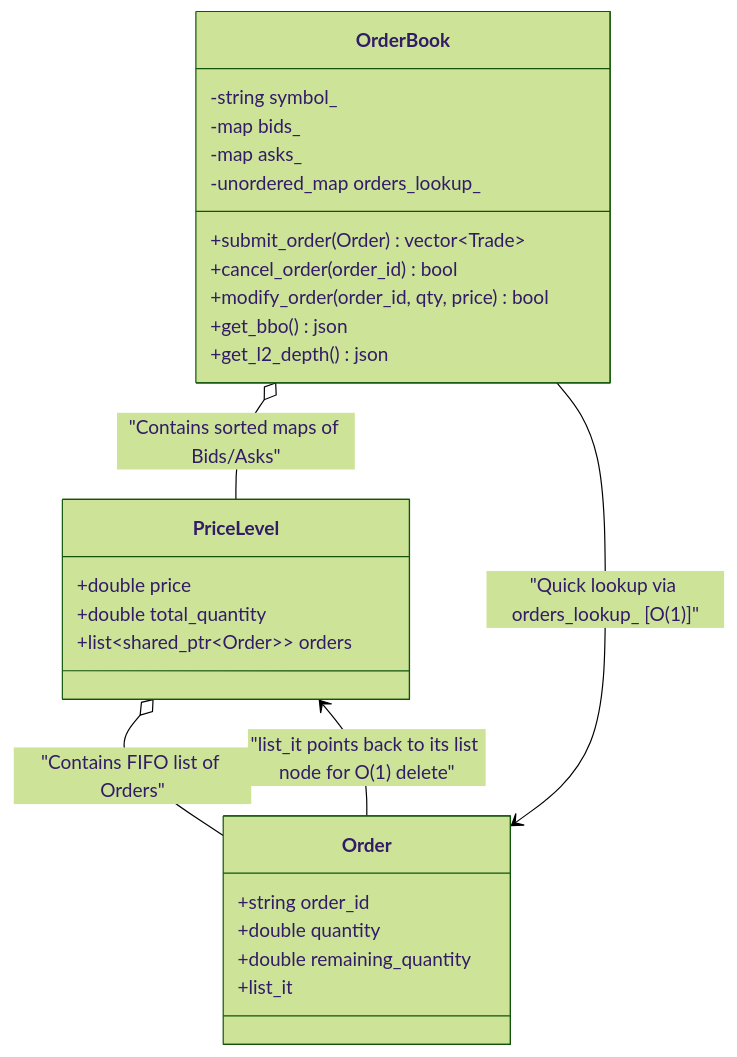
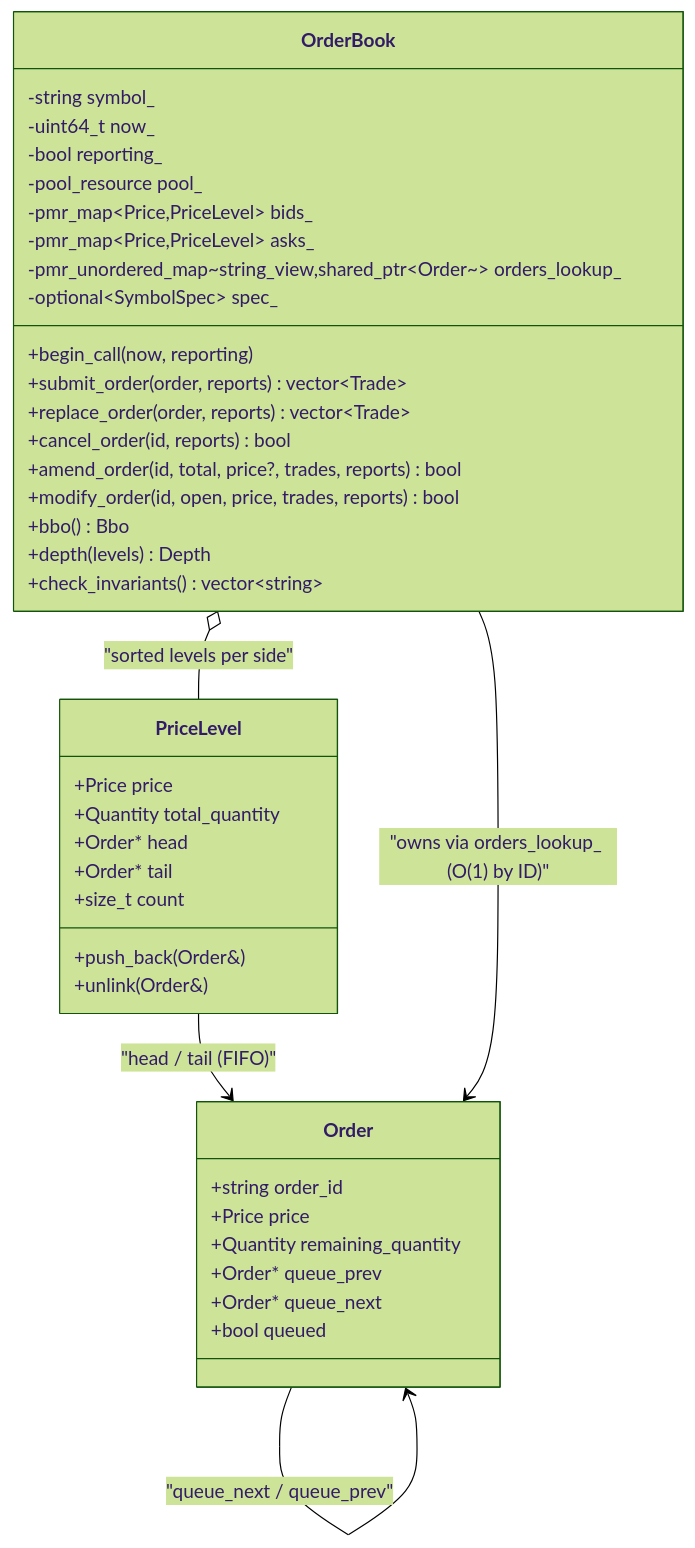
Before and after one commit to Rishav123raj/BlockSprint: the second of 2 diagrams in explanations/order_book.md, drawn with Mermaid (forest theme). The commit also changed other lines of this file and 13 other files, not shown here.

````diff
--- a/explanations/order_book.md
+++ b/explanations/order_book.md
@@ -52,32 +118,46 @@
 ```mermaid
 classDiagram
     class OrderBook {
         -string symbol_
-        -map bids_
-        -map asks_
-        -unordered_map orders_lookup_
-        +submit_order(Order) vector~Trade~
-        +cancel_order(order_id) bool
-        +modify_order(order_id, qty, price) bool
-        +get_bbo() json
-        +get_l2_depth() json
+        -uint64_t now_
+        -bool reporting_
+        -pool_resource pool_
+        -pmr_map~Price,PriceLevel~ bids_
+        -pmr_map~Price,PriceLevel~ asks_
+        -pmr_unordered_map~string_view,shared_ptr~Order~~ orders_lookup_
+        -optional~SymbolSpec~ spec_
+        +begin_call(now, reporting)
+        +submit_order(order, reports) vector~Trade~
+        +replace_order(order, reports) vector~Trade~
+        +cancel_order(id, reports) bool
+        +amend_order(id, total, price?, trades, reports) bool
+        +modify_order(id, open, price, trades, reports) bool
+        +bbo() Bbo
+        +depth(levels) Depth
+        +check_invariants() vector~string~
     }
 
     class PriceLevel {
-        +double price
-        +double total_quantity
-        +list~shared_ptr~Order~~ orders
+        +Price price
+        +Quantity total_quantity
+        +Order* head
+        +Order* tail
+        +size_t count
+        +push_back(Order&)
+        +unlink(Order&)
     }
 
     class Order {
         +string order_id
-        +double quantity
-        +double remaining_quantity
-        +list_it
+        +Price price
+        +Quantity remaining_quantity
+        +Order* queue_prev
+        +Order* queue_next
+        +bool queued
     }
 
-    OrderBook o-- PriceLevel : "Contains sorted maps of Bids/Asks"
-    PriceLevel o-- Order : "Contains FIFO list of Orders"
-    OrderBook --> Order : "Quick lookup via orders_lookup_ [O(1)]"
-    Order --> PriceLevel : "list_it points back to its list node for O(1) delete"
+    OrderBook o-- PriceLevel : "sorted levels per side"
+    PriceLevel --> Order : "head / tail (FIFO)"
+    Order --> Order : "queue_next / queue_prev"
+    OrderBook --> Order : "owns via orders_lookup_ (O(1) by ID)"
 ```
````
